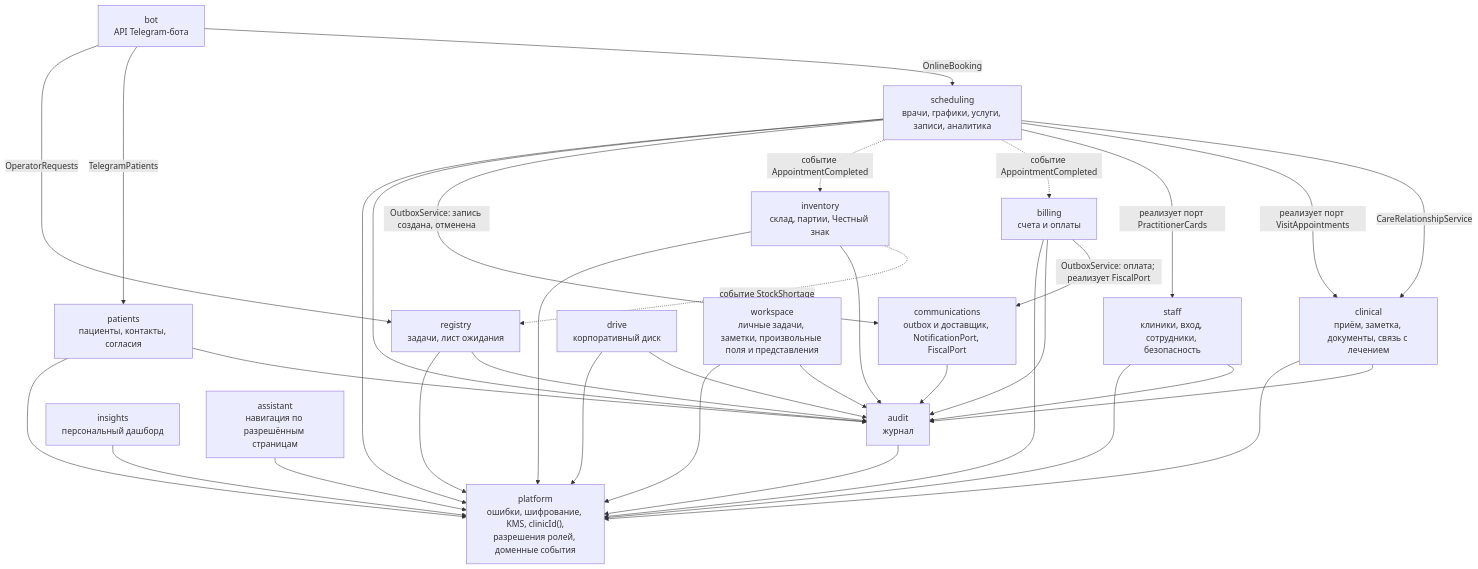
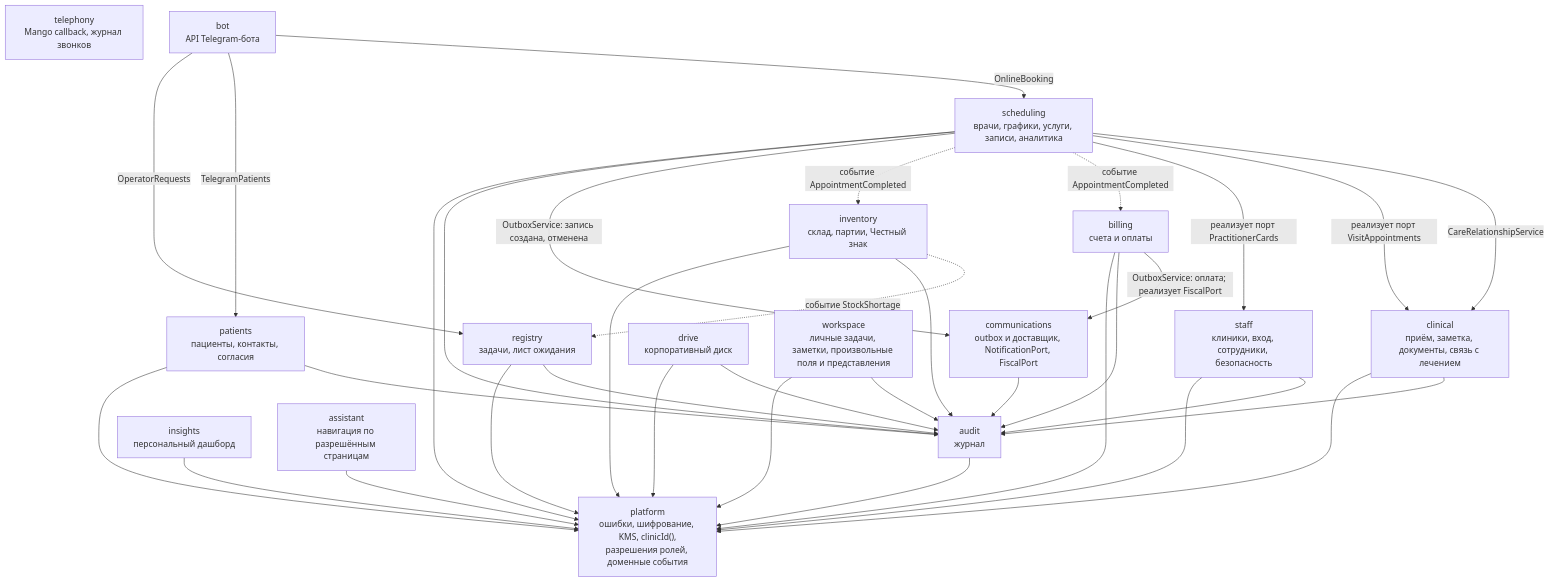
Before and after one commit to IlyaSimis/AlphaCRM: the second of 5 diagrams in docs/architecture.md, drawn with Mermaid. The commit also changed 56 other files, not shown here.

````diff
--- a/docs/architecture.md
+++ b/docs/architecture.md
@@ -65,34 +65,35 @@
 ```mermaid
 flowchart TB
     scheduling["scheduling<br/>врачи, графики, услуги, записи, аналитика"]
     clinical["clinical<br/>приём, заметка, документы, связь с лечением"]
     billing["billing<br/>счета и оплаты"]
     registry["registry<br/>задачи, лист ожидания"]
     patients["patients<br/>пациенты, контакты, согласия"]
     staff["staff<br/>клиники, вход, сотрудники, безопасность"]
     communications["communications<br/>outbox и доставщик, NotificationPort, FiscalPort"]
     audit["audit<br/>журнал"]
     inventory["inventory<br/>склад, партии, Честный знак"]
     drive["drive<br/>корпоративный диск"]
     insights["insights<br/>персональный дашборд"]
     workspace["workspace<br/>личные задачи, заметки, произвольные поля и представления"]
     assistant["assistant<br/>навигация по разрешённым страницам"]
+    telephony["telephony<br/>Mango callback, журнал звонков"]
     platform["platform<br/>ошибки, шифрование, KMS, clinicId(),<br/>разрешения ролей, доменные события"]
 
     scheduling -->|"CareRelationshipService"| clinical
     scheduling -->|"реализует порт VisitAppointments"| clinical
     scheduling -->|"реализует порт PractitionerCards"| staff
     scheduling -.->|"событие AppointmentCompleted"| billing
     scheduling -.->|"событие AppointmentCompleted"| inventory
     inventory -.->|"событие StockShortage"| registry
     scheduling -->|"OutboxService: запись создана, отменена"| communications
     billing -->|"OutboxService: оплата; реализует FiscalPort"| communications
     communications --> audit
     bot["bot<br/>API Telegram-бота"]
     bot -->|"OnlineBooking"| scheduling
     bot -->|"TelegramPatients"| patients
     bot -->|"OperatorRequests"| registry
     scheduling & clinical & billing & registry & patients & staff & inventory & drive & workspace --> audit
     scheduling & clinical & billing & registry & patients & staff & audit & inventory & drive & insights & workspace --> platform
     assistant --> platform
 ```
````
